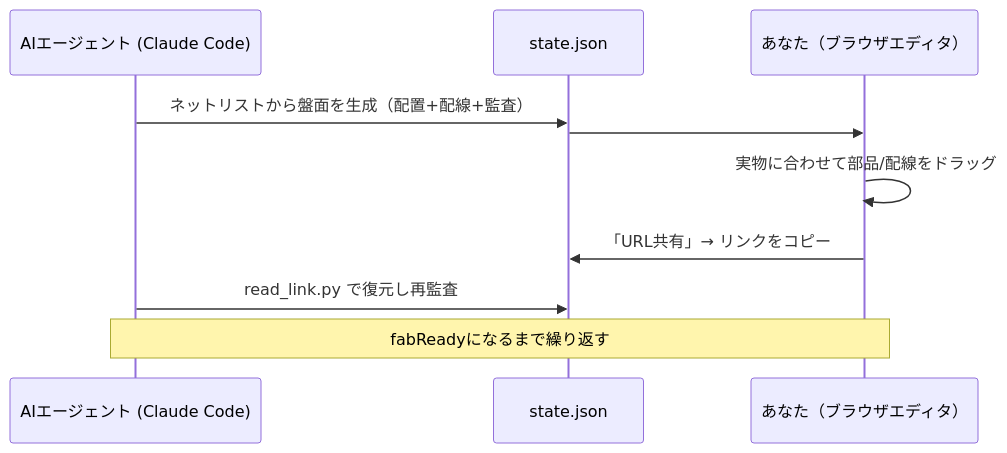
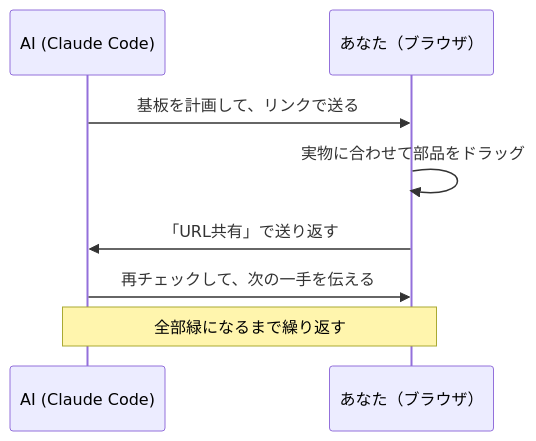
The diagram in README.ja.md (KeckuJp/perfwire), drawn with Mermaid before and after one commit. The commit also changed other lines of this file and 1 other file, not shown here.

````diff
--- a/README.ja.md
+++ b/README.ja.md
@@ -44,12 +41,10 @@
 ```mermaid
 sequenceDiagram
-    participant Agent as AIエージェント (Claude Code)
-    participant State as state.json
-    participant You as あなた（ブラウザエディタ）
-    Agent->>State: ネットリストから盤面を生成（配置+配線+監査）
-    State->>You: #z= リンクとして開く
-    You->>You: 実物に合わせて部品/配線をドラッグ
-    You->>State: 「URL共有」→ リンクをコピー
-    Agent->>State: read_link.py で復元し再監査
-    Note over Agent,You: fabReadyになるまで繰り返す
+    participant Agent as AI (Claude Code)
+    participant You as あなた（ブラウザ）
+    Agent->>You: 基板を計画して、リンクで送る
+    You->>You: 実物に合わせて部品をドラッグ
+    You->>Agent: 「URL共有」で送り返す
+    Agent->>You: 再チェックして、次の一手を伝える
+    Note over Agent,You: 全部緑になるまで繰り返す
 ```
````
